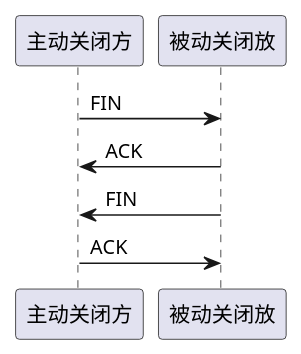
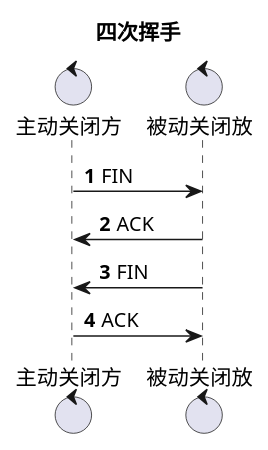
The diagram in 计算机网络/四次挥手.puml (yayaa-uuu/study), drawn with PlantUML before and after one commit. The commit also changed 3 other files, not shown here.

```diff
--- a/计算机网络/四次挥手.puml
+++ b/计算机网络/四次挥手.puml
@@ -1,6 +1,13 @@
 @startuml
-主动关闭方 -> 被动关闭放: FIN
-主动关闭方 <- 被动关闭放: ACK
-主动关闭方 <- 被动关闭放: FIN
-主动关闭方 -> 被动关闭放: ACK
+title 四次挥手
+
+autonumber
+
+Control 主动关闭方 as C
+Control 被动关闭放 as S
+
+C -> S: FIN
+C <- S: ACK
+C <- S: FIN
+C -> S: ACK
 @enduml
```
